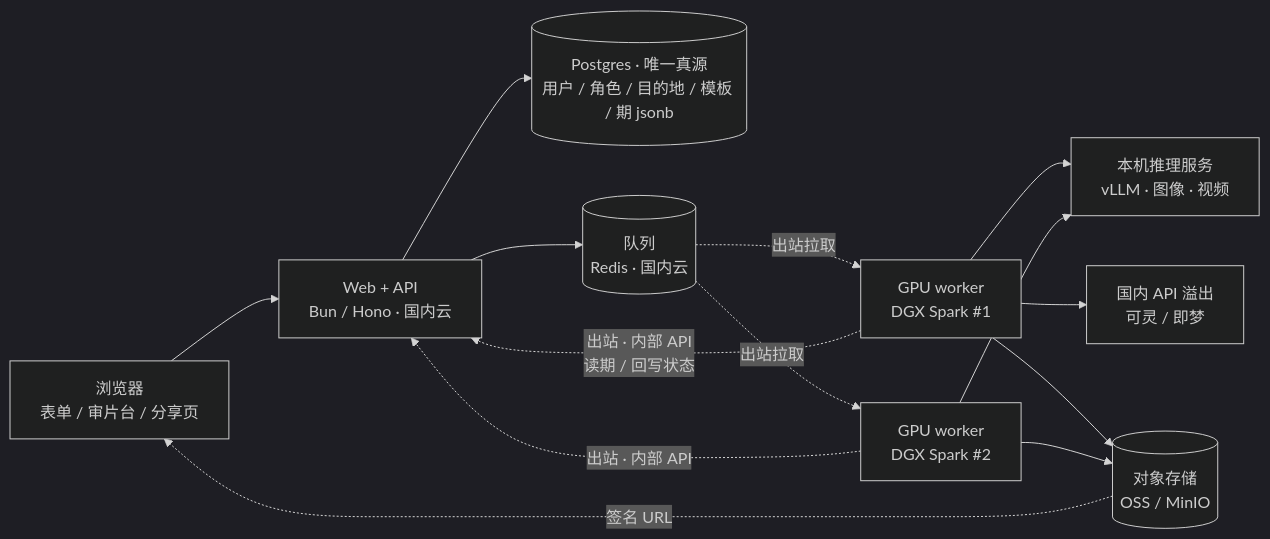
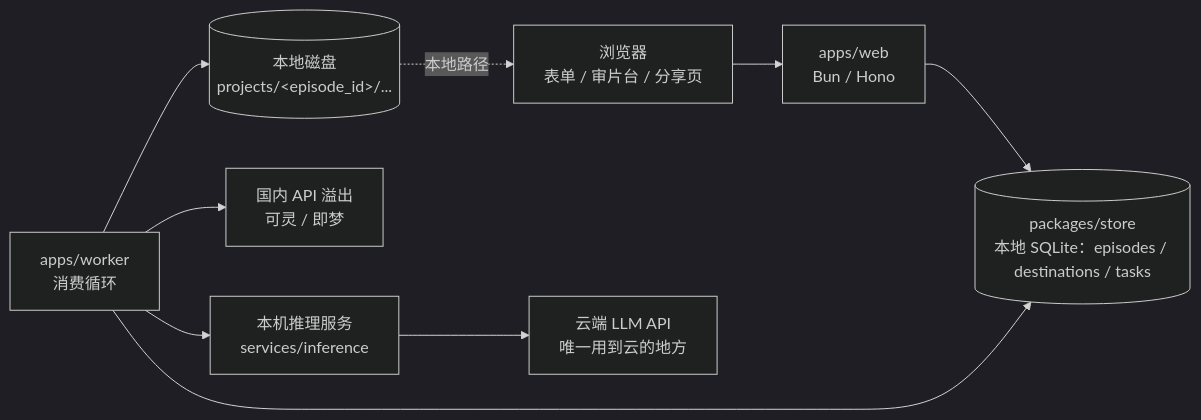
Before and after one commit to zhanghui-china/Kelvoy: the second of 2 diagrams in docs/AI旅行Vlog生产工作台_PRD_v0.2.md, drawn with Mermaid (dark theme). The commit also changed other lines of this file, not shown here.

````diff
--- a/docs/AI旅行Vlog生产工作台_PRD_v0.2.md
+++ b/docs/AI旅行Vlog生产工作台_PRD_v0.2.md
@@ -280,16 +282,11 @@
 ```mermaid
 flowchart LR
-  U[浏览器<br/>表单 / 审片台 / 分享页] --> W[Web + API<br/>Bun / Hono · 国内云]
-  W --> DB[(Postgres · 唯一真源<br/>用户 / 角色 / 目的地 / 模板 / 期 jsonb)]
-  W --> Q[(队列<br/>Redis · 国内云)]
-  Q -. 出站拉取 .-> K1[GPU worker<br/>DGX Spark #1]
-  Q -. 出站拉取 .-> K2[GPU worker<br/>DGX Spark #2]
-  K1 -. 出站 · 内部 API<br/>读期 / 回写状态 .-> W
-  K2 -. 出站 · 内部 API .-> W
-  K1 --> M[本机推理服务<br/>vLLM · 图像 · 视频]
-  K2 --> M
-  K1 --> A[国内 API 溢出<br/>可灵 / 即梦]
-  K1 --> S[(对象存储<br/>OSS / MinIO)]
-  K2 --> S
-  S -. 签名 URL .-> U
+  U[浏览器<br/>表单 / 审片台 / 分享页] --> W[apps/web<br/>Bun / Hono]
+  W --> ST[(packages/store<br/>本地 SQLite：episodes / destinations / tasks)]
+  K[apps/worker<br/>消费循环] --> ST
+  K --> M[本机推理服务<br/>services/inference]
+  M --> LLM[云端 LLM API<br/>唯一用到云的地方]
+  K --> A[国内 API 溢出<br/>可灵 / 即梦]
+  K --> D[(本地磁盘<br/>projects/&lt;episode_id&gt;/...)]
+  D -. 本地路径 .-> U
 ```
````
